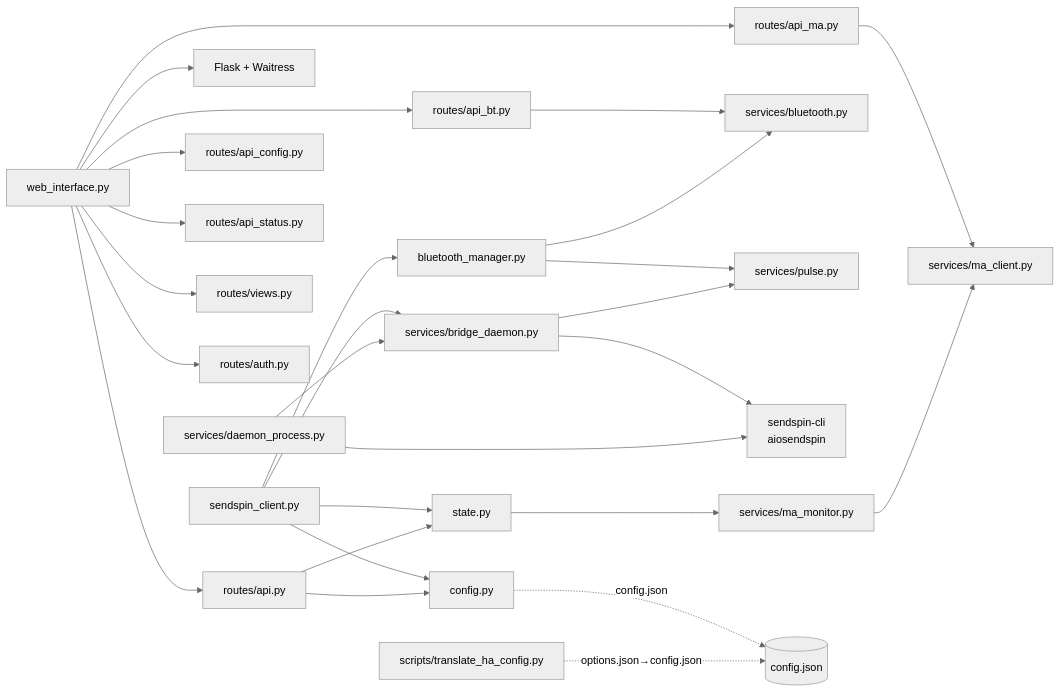
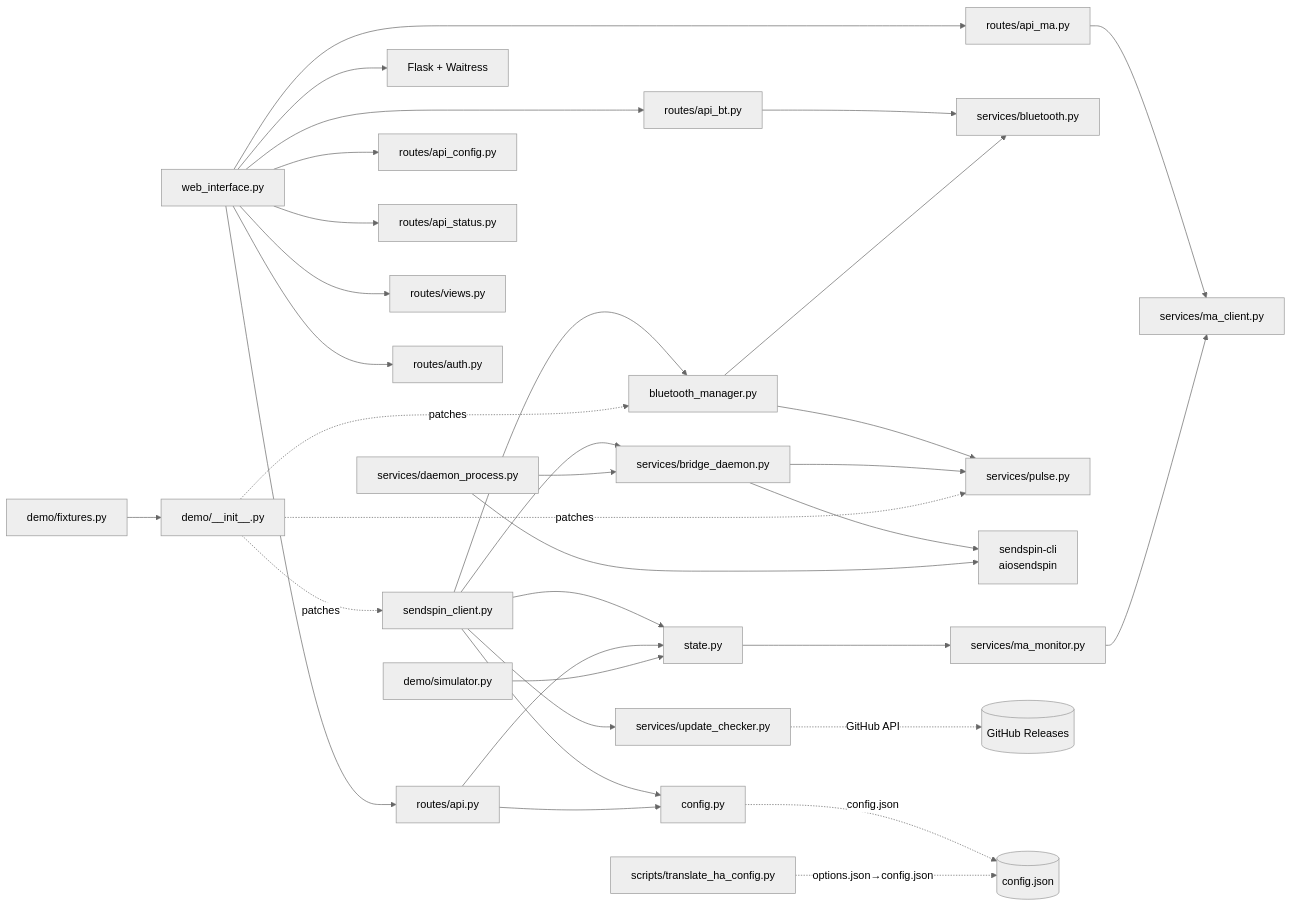
Before and after one commit to trudenboy/sendspin-bt-bridge: diagram 21 of 25 in docs-site/src/content/docs/architecture.md, drawn with Mermaid (neutral theme). The commit also changed other lines of this file, not shown here.

First line of the commit message:
docs: add C4 context, IPC sequence, update checker, and demo mode diagrams

````diff
--- a/docs-site/src/content/docs/architecture.md
+++ b/docs-site/src/content/docs/architecture.md
@@ -835,36 +835,45 @@
 ```mermaid
 graph LR
     SC[sendspin_client.py] --> BM[bluetooth_manager.py]
     SC --> ST[state.py]
     SC --> CFG[config.py]
     SC --> SVC_BD[services/bridge_daemon.py]
 
     WI[web_interface.py] --> FLASK[Flask + Waitress]
     WI --> R_API[routes/api.py]
     WI --> R_BT[routes/api_bt.py]
     WI --> R_MA[routes/api_ma.py]
     WI --> R_CFG[routes/api_config.py]
     WI --> R_STS[routes/api_status.py]
     WI --> R_VIEW[routes/views.py]
     WI --> R_AUTH[routes/auth.py]
 
     R_API --> ST
     R_API --> CFG
     R_MA --> SVC_MAC[services/ma_client.py]
     R_BT --> SVC_BT[services/bluetooth.py]
 
     BM --> SVC_PA[services/pulse.py]
     BM --> SVC_BT
 
     SVC_BD --> SVC_PA
     SVC_BD --> SENDSPIN[sendspin-cli<br/>aiosendspin]
 
     DP[services/daemon_process.py] --> SVC_BD
     DP --> SENDSPIN
 
     ST --> MM[services/ma_monitor.py]
     MM --> SVC_MAC
 
+    SC --> UC[services/update_checker.py]
+    UC -.->|GitHub API| GH[(GitHub Releases)]
+
+    DEMO[demo/__init__.py] -.->|patches| SC
+    DEMO -.->|patches| BM
+    DEMO -.->|patches| SVC_PA
+    DEMO_SIM[demo/simulator.py] --> ST
+    DEMO_FIX[demo/fixtures.py] --> DEMO
+
     CFG -.->|config.json| JSON[(config.json)]
     HA_SCRIPT[scripts/translate_ha_config.py] -.->|options.json→config.json| JSON
 ```
````
